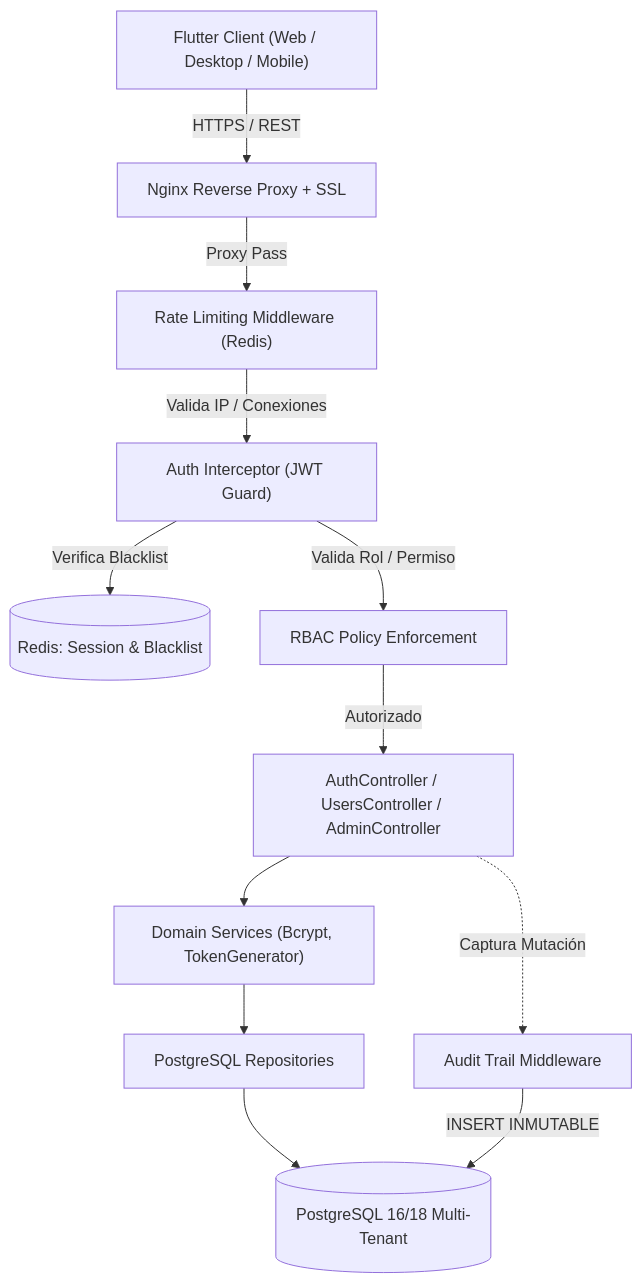
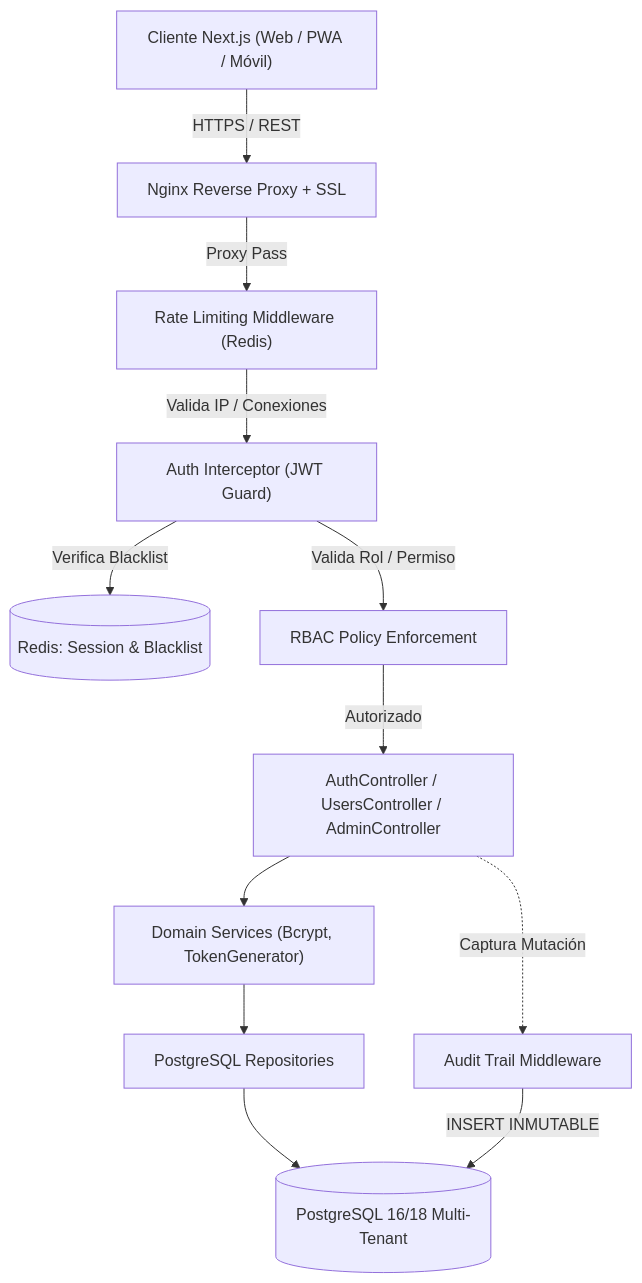
Before and after one commit to Eduardo-Sebastian-Paipay-Vega/school-management-system: the first of 2 diagrams in D - Base 1 - 01092026/Fase 2/Arquitectura/Squad 1 - Core y Seguridad/README.md, drawn with Mermaid. The commit also changed other lines of this file and 38 other files, not shown here.

````diff
--- a/D - Base 1 - 01092026/Fase 2/Arquitectura/Squad 1 - Core y Seguridad/README.md
+++ b/D - Base 1 - 01092026/Fase 2/Arquitectura/Squad 1 - Core y Seguridad/README.md
@@ -28,14 +28,14 @@
 ```mermaid
 graph TD
-    Client["Flutter Client (Web / Desktop / Mobile)"] -->|HTTPS / REST| Nginx["Nginx Reverse Proxy + SSL"]
+    Client["Cliente Next.js (Web / PWA / Móvil)"] -->|HTTPS / REST| Nginx["Nginx Reverse Proxy + SSL"]
     Nginx -->|Proxy Pass| RateLimiter["Rate Limiting Middleware (Redis)"]
     RateLimiter -->|Valida IP / Conexiones| AuthMiddleware["Auth Interceptor (JWT Guard)"]
     AuthMiddleware -->|Verifica Blacklist| Redis[(Redis: Session & Blacklist)]
     AuthMiddleware -->|Valida Rol / Permiso| RBAC["RBAC Policy Enforcement"]
     RBAC -->|Autorizado| Controllers["AuthController / UsersController / AdminController"]
     Controllers --> Services["Domain Services (Bcrypt, TokenGenerator)"]
     Services --> Repositories["PostgreSQL Repositories"]
     Repositories --> DB[(PostgreSQL 16/18 Multi-Tenant)]
     Controllers -.->|Captura Mutación| AuditInterceptor["Audit Trail Middleware"]
     AuditInterceptor -->|INSERT INMUTABLE| DB
 ```
````
